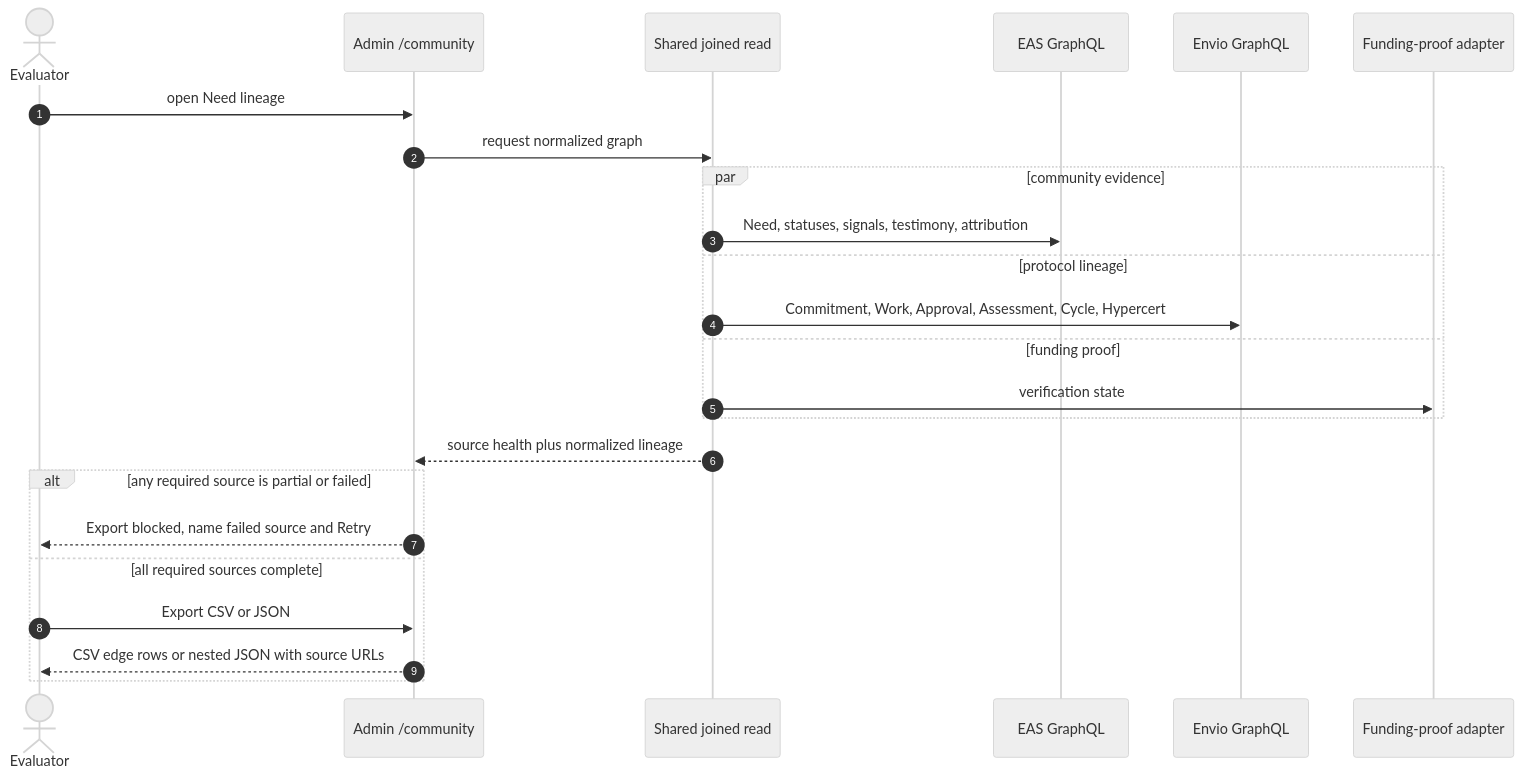
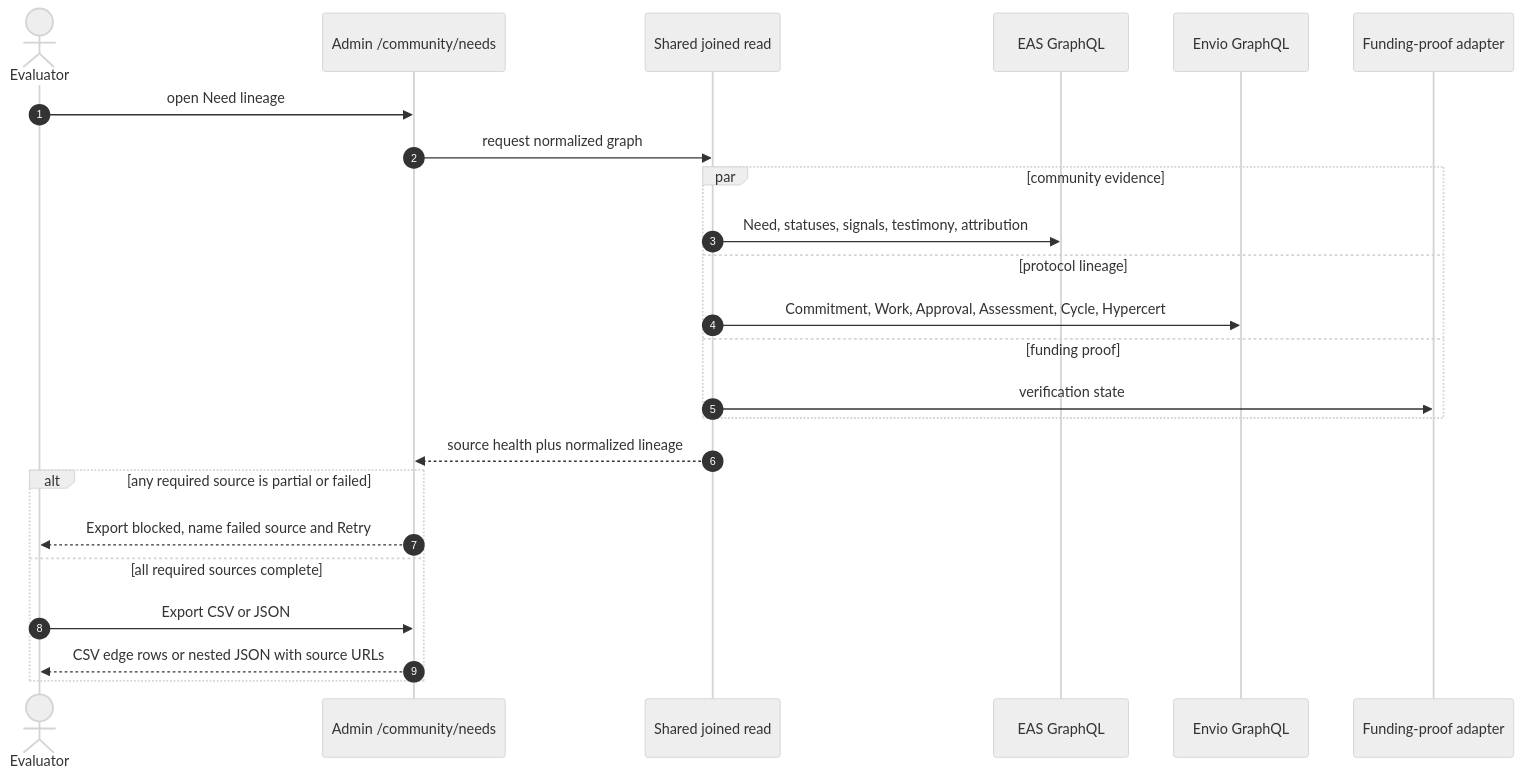
Before and after one commit to greenpill-dev-guild/green-goods: diagram 12 of 14 in .plans/active/community-interface/diagrams.md, drawn with Mermaid (neutral theme). The commit also changed other lines of this file and 35 other files, not shown here.

Commit message:
refactor(shared,client): streamline cross-package application flows

````diff
--- a/.plans/active/community-interface/diagrams.md
+++ b/.plans/active/community-interface/diagrams.md
@@ -401,27 +446,27 @@
 ```mermaid
 sequenceDiagram
   autonumber
   actor E as Evaluator
-  participant A as Admin /community
+  participant A as Admin /community/needs
   participant JOIN as Shared joined read
   participant EAS as EAS GraphQL
   participant ENV as Envio GraphQL
   participant FUND as Funding-proof adapter
 
   E->>A: open Need lineage
   A->>JOIN: request normalized graph
   par community evidence
     JOIN->>EAS: Need, statuses, signals, testimony, attribution
   and protocol lineage
     JOIN->>ENV: Commitment, Work, Approval, Assessment, Cycle, Hypercert
   and funding proof
     JOIN->>FUND: verification state
   end
   JOIN-->>A: source health plus normalized lineage
   alt any required source is partial or failed
     A-->>E: Export blocked, name failed source and Retry
   else all required sources complete
     E->>A: Export CSV or JSON
     A-->>E: CSV edge rows or nested JSON with source URLs
   end
 ```
````
